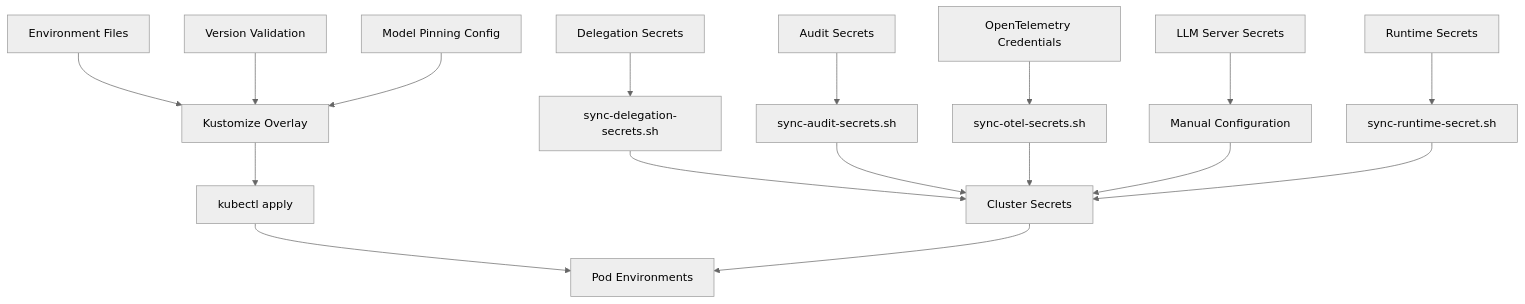
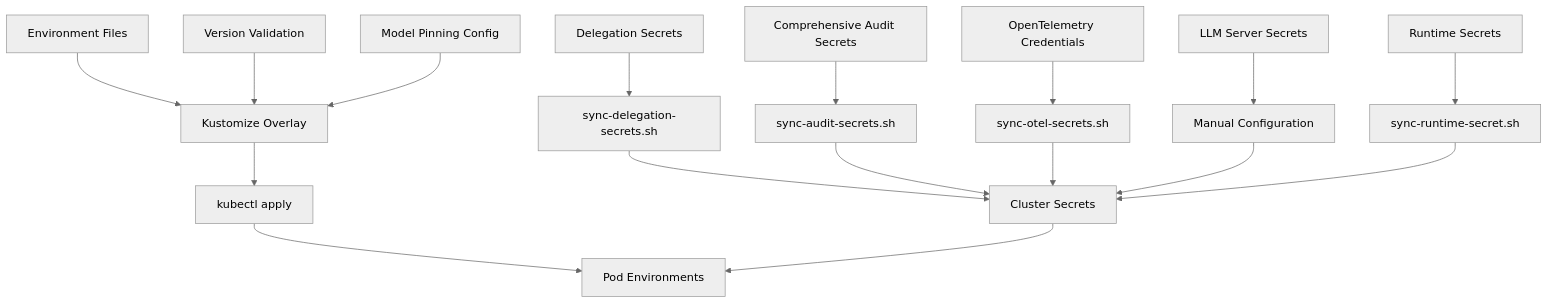
One commit to metasync/luban-aiops changed the fifth of 12 diagrams in .qoder/repowiki/en/content/Deployment and Operations/Deployment and Operations.md. Above: the diagram before and after it, drawn with Mermaid (neutral theme). The commit also changed other lines of this file and 8 other files, not shown here.

````diff
--- a/.qoder/repowiki/en/content/Deployment and Operations/Deployment and Operations.md
+++ b/.qoder/repowiki/en/content/Deployment and Operations/Deployment and Operations.md
@@ -458,19 +460,19 @@
 ```mermaid
 flowchart TD
 EnvFiles["Environment Files"] --> Overlay["Kustomize Overlay"]
 Secrets["Runtime Secrets"] --> SecretSync["sync-runtime-secret.sh"]
 DelegationSecrets["Delegation Secrets"] --> DelegationSync["sync-delegation-secrets.sh"]
-AuditSecrets["Audit Secrets"] --> AuditSync["sync-audit-secrets.sh"]
+AuditSecrets["Comprehensive Audit Secrets"] --> AuditSync["sync-audit-secrets.sh"]
 OTELSecrets["OpenTelemetry Credentials"] --> OTESync["sync-otel-secrets.sh"]
 LLMSecrets["LLM Server Secrets"] --> LLMSync["Manual Configuration"]
 VersionCheck["Version Validation"] --> Overlay
 ModelPinning["Model Pinning Config"] --> Overlay
 DelegationSync --> K8sSecrets["Cluster Secrets"]
 AuditSync --> K8sSecrets
 OTESync --> K8sSecrets
 LLMSync --> K8sSecrets
 SecretSync --> K8sSecrets
 Overlay --> K8sApply["kubectl apply"]
 K8sApply --> Pods["Pod Environments"]
 K8sSecrets --> Pods
 ```
````
